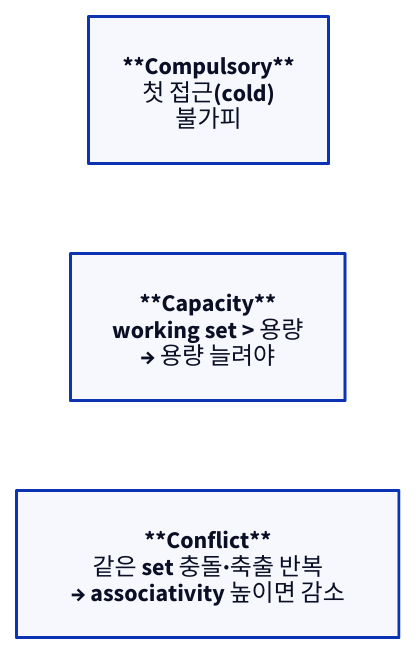
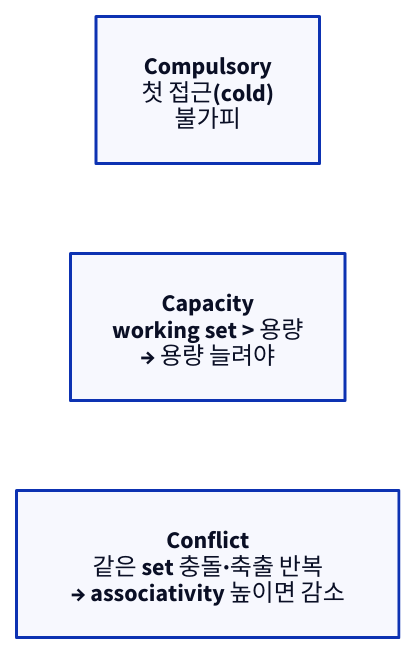
One commit to humbleowl39/DV_SKOOL changed the second of 2 diagrams in starlight_site/src/content/docs/computer_architecture/11_cache_organization.md. Above: the diagram before and after it, drawn with D2. The commit also changed other lines of this file and 714 other files, not shown here.

First line of the commit message:
fix(site): d2 다이어그램 가독성 결함 6종 일괄 수정

````diff
--- a/starlight_site/src/content/docs/computer_architecture/11_cache_organization.md
+++ b/starlight_site/src/content/docs/computer_architecture/11_cache_organization.md
@@ -81,7 +81,7 @@
 ```d2
 direction: right
 
-C1: "**Compulsory**\n첫 접근(cold)\n불가피"
-C2: "**Capacity**\nworking set > 용량\n→ 용량 늘려야"
-C3: "**Conflict**\n같은 set 충돌·축출 반복\n→ associativity 높이면 감소"
+C1: "Compulsory\n첫 접근(cold)\n불가피"
+C2: "Capacity\nworking set > 용량\n→ 용량 늘려야"
+C3: "Conflict\n같은 set 충돌·축출 반복\n→ associativity 높이면 감소"
 ```
````
